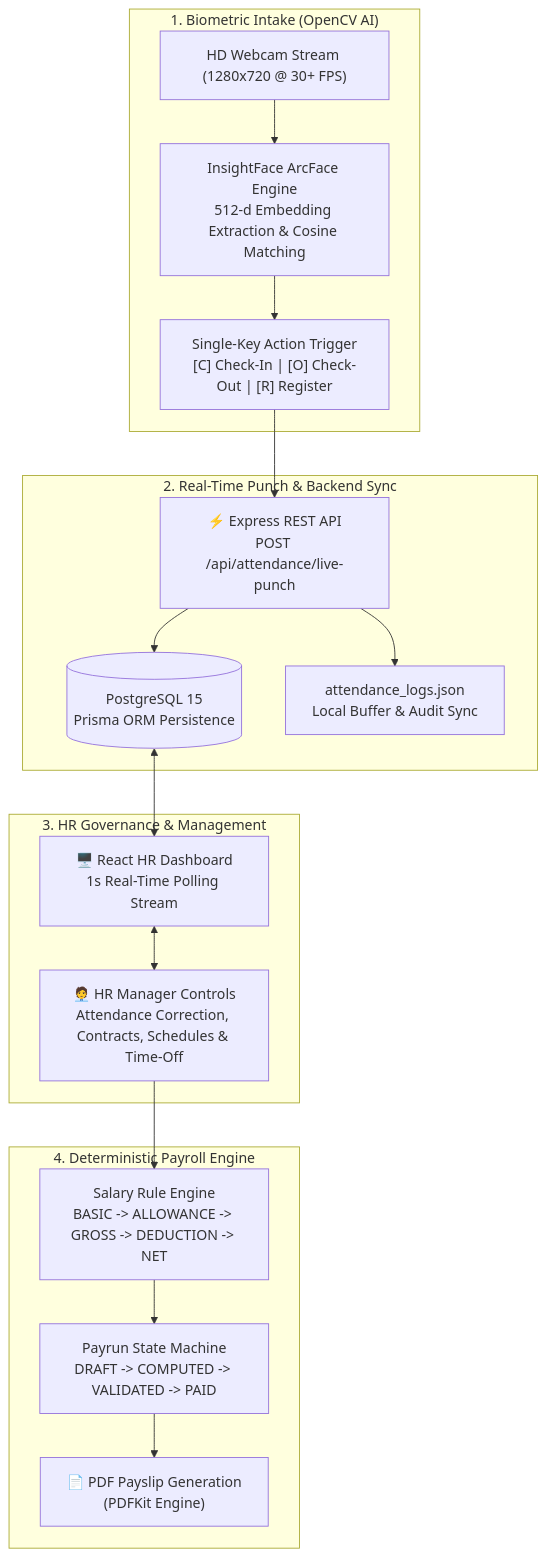
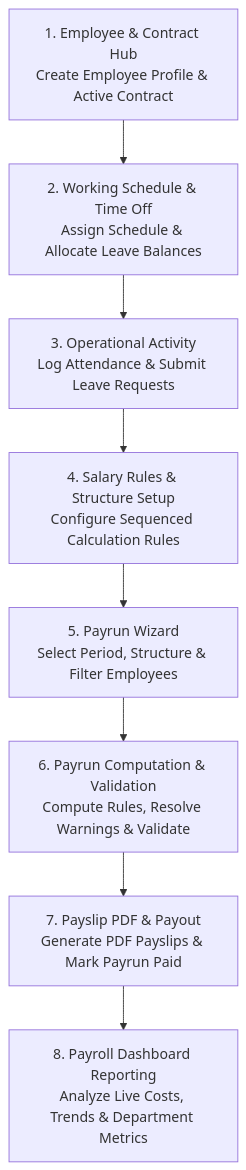
One commit to Parthparmar57/team_49_odoo_grand_final_hackathon changed the first of 3 diagrams in README.md. Above: the diagram before and after it, drawn with Mermaid. The commit also changed other lines of this file, not shown here.

````diff
--- a/README.md
+++ b/README.md
@@ -42,33 +145,10 @@
 ```mermaid
 flowchart TD
-    subgraph "1. Biometric Intake (OpenCV AI)"
-        CAM[" HD Webcam Stream (1280x720 @ 30+ FPS)"]
-        IF[" InsightFace ArcFace Engine<br/>512-d Embedding Extraction & Cosine Matching"]
-        KEY[" Single-Key Action Trigger<br/>[C] Check-In | [O] Check-Out | [R] Register"]
-        CAM --> IF --> KEY
-    end
-
-    subgraph "2. Real-Time Punch & Backend Sync"
-        API["⚡ Express REST API<br/>POST /api/attendance/live-punch"]
-        DB[(" PostgreSQL 15<br/>Prisma ORM Persistence")]
-        LOG[" attendance_logs.json<br/>Local Buffer & Audit Sync"]
-        KEY --> API
-        API --> DB
-        API --> LOG
-    end
-
-    subgraph "3. HR Governance & Management"
-        UI["🖥️ React HR Dashboard<br/>1s Real-Time Polling Stream"]
-        GOV["🧑‍💼 HR Manager Controls<br/>Attendance Correction, Contracts, Schedules & Time-Off"]
-        DB <--> UI
-        UI <--> GOV
-    end
-
-    subgraph "4. Deterministic Payroll Engine"
-        PAY[" Salary Rule Engine<br/>BASIC -> ALLOWANCE -> GROSS -> DEDUCTION -> NET"]
-        PR[" Payrun State Machine<br/>DRAFT -> COMPUTED -> VALIDATED -> PAID"]
-        PDF["📄 PDF Payslip Generation<br/>(PDFKit Engine)"]
-        GOV --> PAY
-        PAY --> PR --> PDF
-    end
+    A["1. Employee & Contract Hub<br/>Create Employee Profile & Active Contract"] --> B["2. Working Schedule & Time Off<br/>Assign Schedule & Allocate Leave Balances"]
+    B --> C["3. Operational Activity<br/>Log Attendance & Submit Leave Requests"]
+    C --> D["4. Salary Rules & Structure Setup<br/>Configure Sequenced Calculation Rules"]
+    D --> E["5. Payrun Wizard<br/>Select Period, Structure & Filter Employees"]
+    E --> F["6. Payrun Computation & Validation<br/>Compute Rules, Resolve Warnings & Validate"]
+    F --> G["7. Payslip PDF & Payout<br/>Generate PDF Payslips & Mark Payrun Paid"]
+    G --> H["8. Payroll Dashboard Reporting<br/>Analyze Live Costs, Trends & Department Metrics"]
 ```
````
